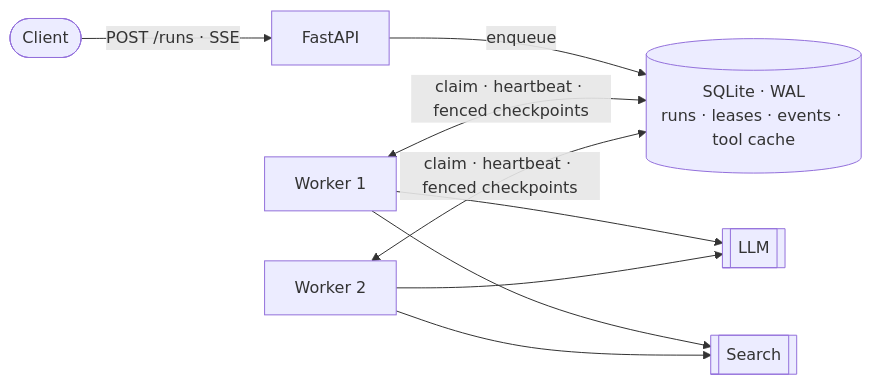
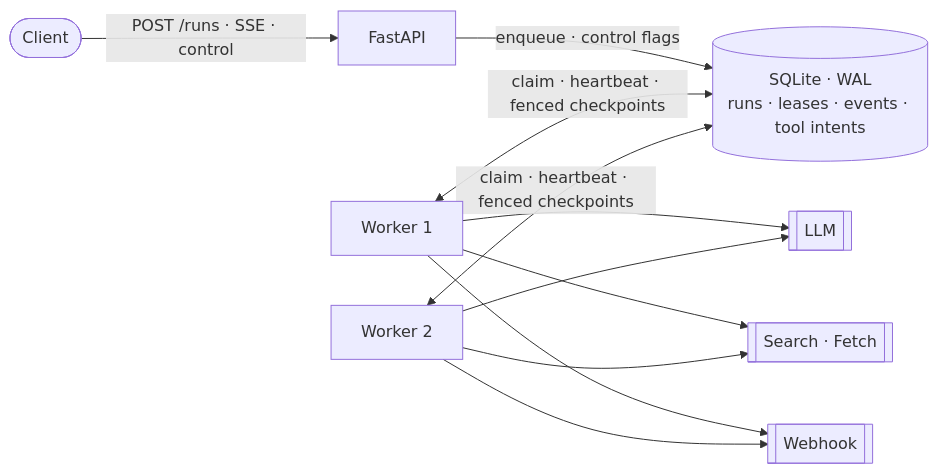
One commit to limengge426/deeptrace-research-agent changed the second of 2 diagrams in README.md. Above: the diagram before and after it, drawn with Mermaid. The commit also changed other lines of this file and 12 other files, not shown here.

````diff
--- a/README.md
+++ b/README.md
@@ -155,8 +178,8 @@
 ```mermaid
 flowchart LR
-    C([Client]) -->|POST /runs · SSE| A[FastAPI]
-    A -->|enqueue| DB[(SQLite · WAL<br/>runs · leases · events · tool cache)]
+    C([Client]) -->|POST /runs · SSE · control| A[FastAPI]
+    A -->|enqueue · control flags| DB[(SQLite · WAL<br/>runs · leases · events · tool intents)]
     W1[Worker 1] <-->|claim · heartbeat · fenced checkpoints| DB
     W2[Worker 2] <-->|claim · heartbeat · fenced checkpoints| DB
-    W1 & W2 --> LLM[[LLM]] & S[[Search]]
+    W1 & W2 --> LLM[[LLM]] & S[[Search · Fetch]] & H[[Webhook]]
 ```
````
